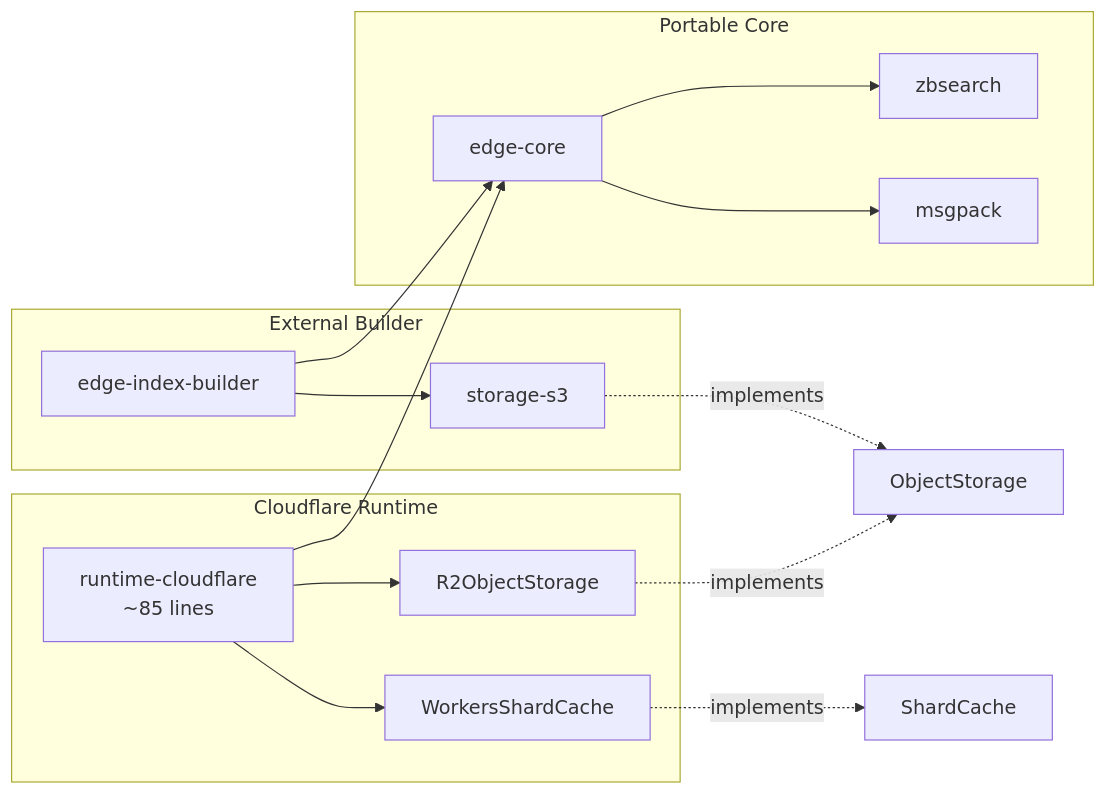
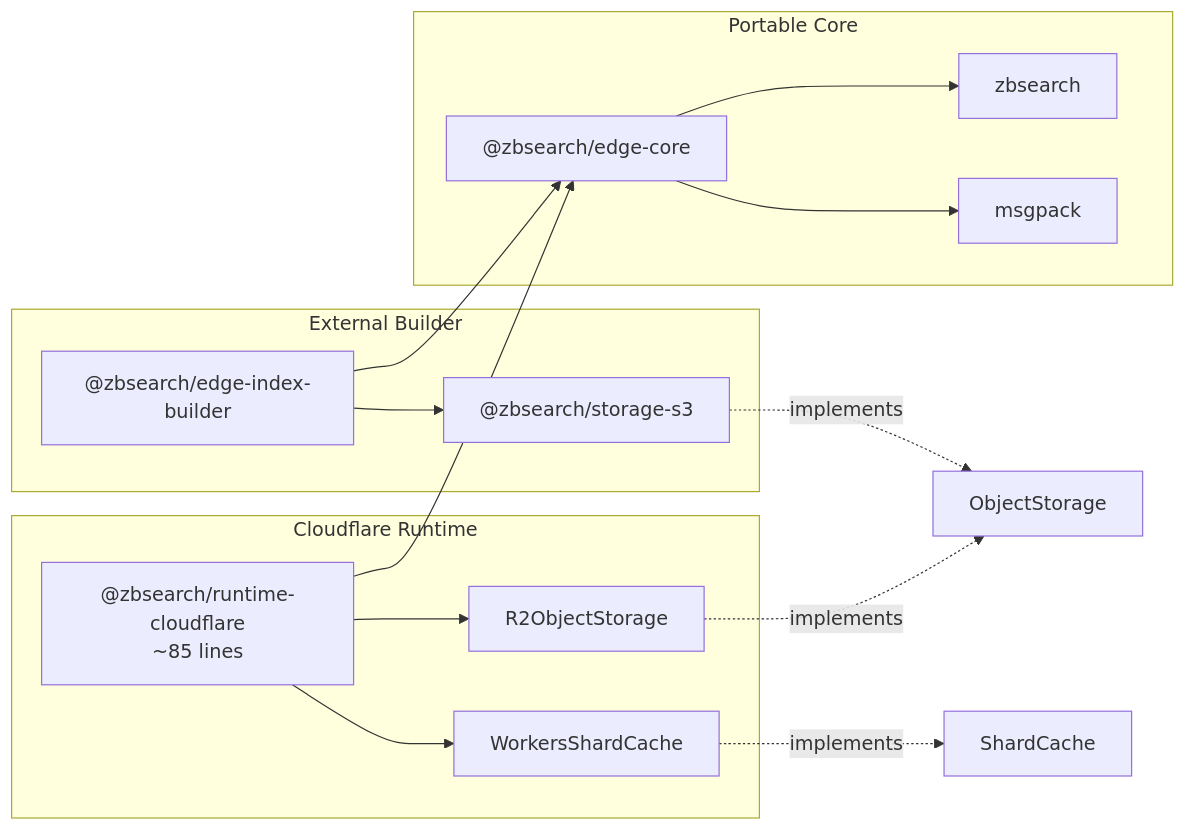
One commit to micheleriva/zbsearch changed the second of 9 diagrams in apps/docs/content/blog/deploying-zbsearch-to-cloudflare.mdx. Above: the diagram before and after it, drawn with Mermaid. The commit also changed other lines of this file, not shown here.

````diff
--- a/apps/docs/content/blog/deploying-zbsearch-to-cloudflare.mdx
+++ b/apps/docs/content/blog/deploying-zbsearch-to-cloudflare.mdx
@@ -74,28 +74,28 @@
 ```mermaid
 flowchart LR
   subgraph runtime [Cloudflare Runtime]
-    W["runtime-cloudflare<br/>~85 lines"]
+    W["@zbsearch/runtime-cloudflare<br/>~85 lines"]
     R2A[R2ObjectStorage]
     CA[WorkersShardCache]
     W --> R2A
     W --> CA
   end
 
   subgraph core [Portable Core]
-    EC["edge-core"]
+    EC["@zbsearch/edge-core"]
     EC --> ZB[zbsearch]
     EC --> MP[msgpack]
   end
 
   subgraph builder [External Builder]
-    CLI[edge-index-builder]
-    S3[storage-s3]
+    CLI["@zbsearch/edge-index-builder"]
+    S3["@zbsearch/storage-s3"]
     CLI --> S3
     CLI --> EC
   end
 
   W --> EC
   R2A -.->|implements| OS[ObjectStorage]
   CA -.->|implements| SC[ShardCache]
   S3 -.->|implements| OS
 ```
````
